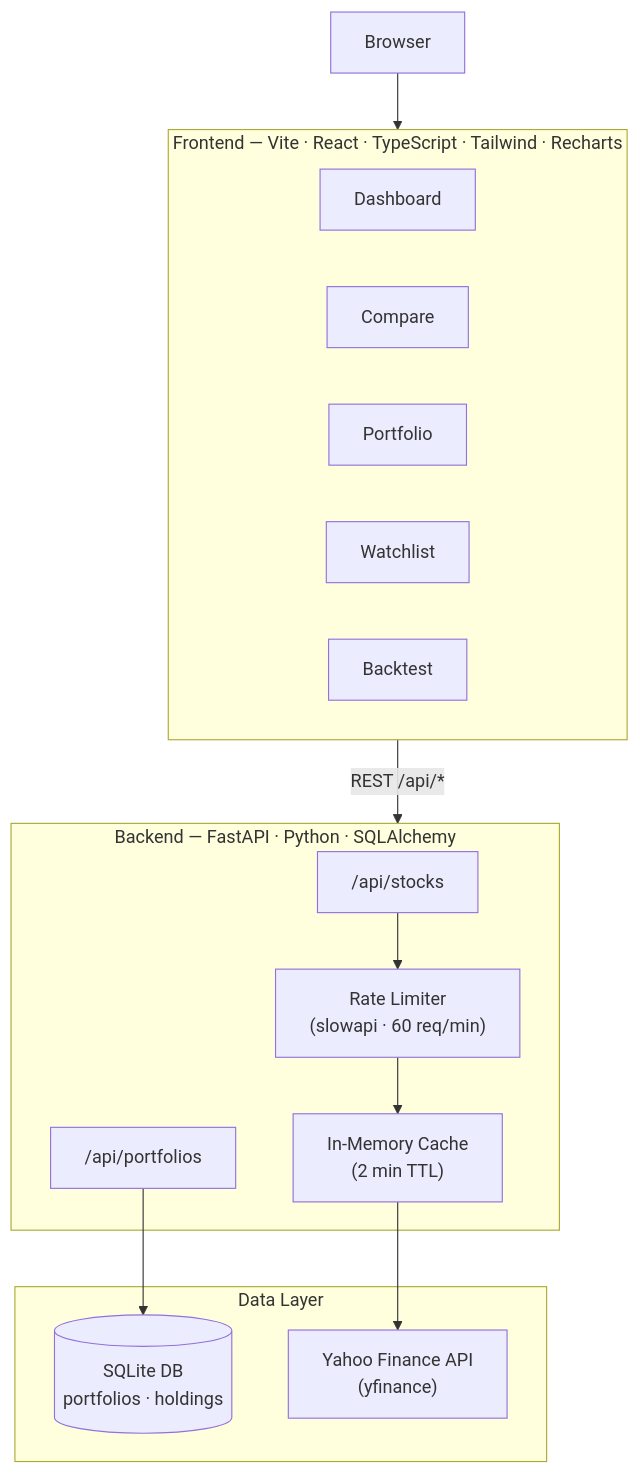
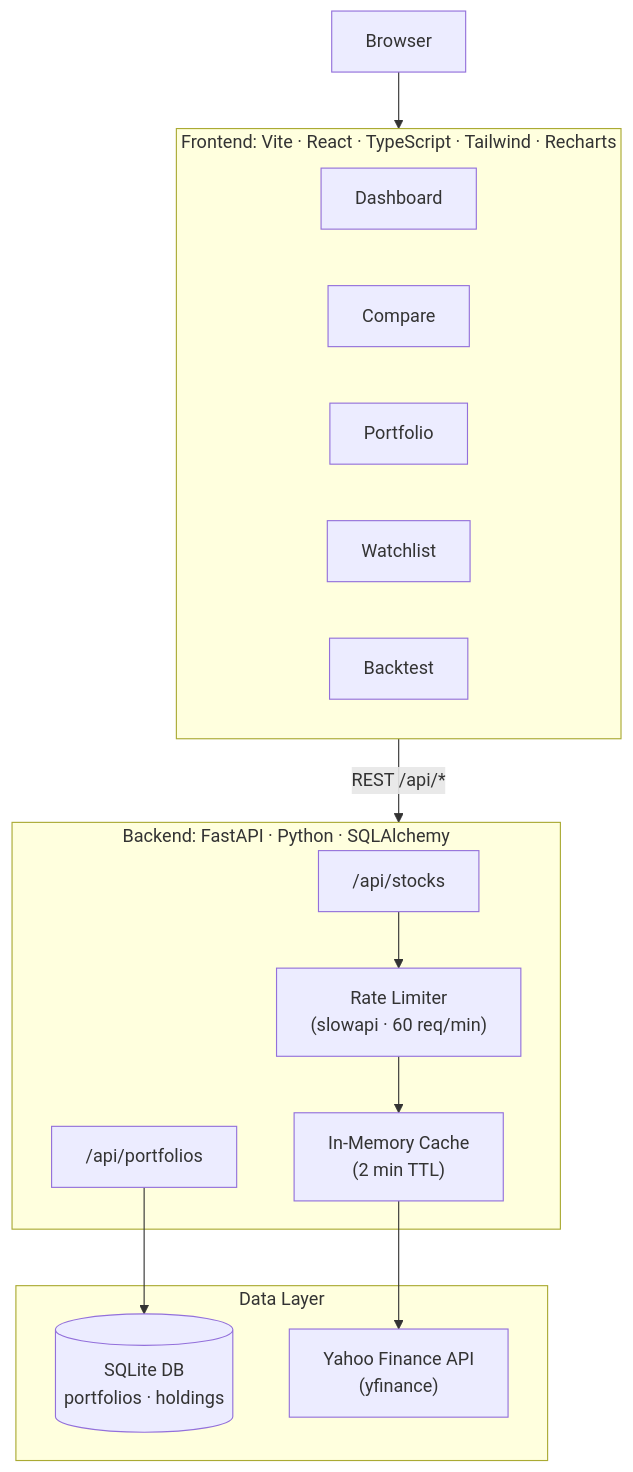
Before and after one commit to anishonly121/market-dashboard: the diagram in README.md, drawn with Mermaid. The commit also changed other lines of this file, not shown here.

````diff
--- a/README.md
+++ b/README.md
@@ -24,29 +24,29 @@
 ```mermaid
 flowchart TD
     Browser["Browser"]
 
-    subgraph FE ["Frontend — Vite · React · TypeScript · Tailwind · Recharts"]
+    subgraph FE ["Frontend: Vite · React · TypeScript · Tailwind · Recharts"]
         Dashboard
         Compare
         Portfolio
         Watchlist
         Backtest
     end
 
-    subgraph BE ["Backend — FastAPI · Python · SQLAlchemy"]
+    subgraph BE ["Backend: FastAPI · Python · SQLAlchemy"]
         StocksAPI["/api/stocks"]
         PortfolioAPI["/api/portfolios"]
         Cache["In-Memory Cache\n(2 min TTL)"]
         RateLimit["Rate Limiter\n(slowapi · 60 req/min)"]
     end
 
     subgraph Data ["Data Layer"]
         SQLite[("SQLite DB\nportfolios · holdings")]
         YFinance["Yahoo Finance API\n(yfinance)"]
     end
 
     Browser --> FE
     FE -- "REST /api/*" --> BE
     StocksAPI --> RateLimit --> Cache --> YFinance
     PortfolioAPI --> SQLite
 ```
````
